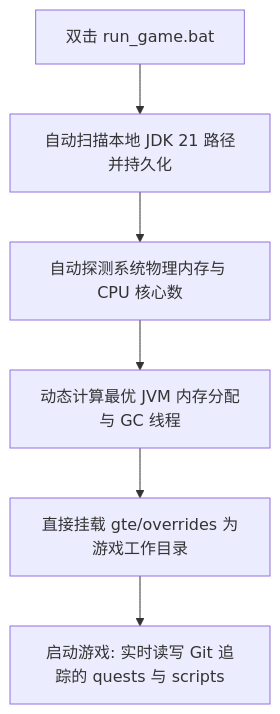
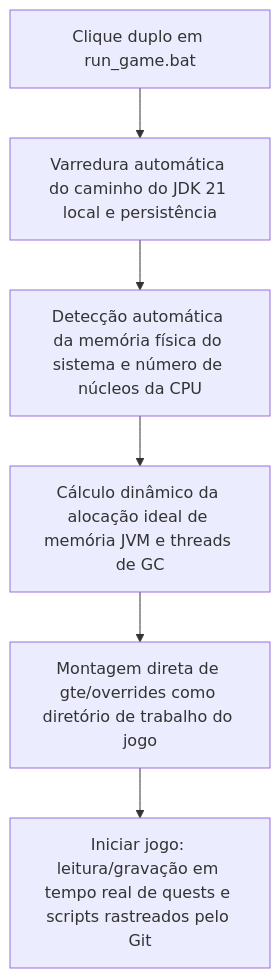
The diagram in docs/pt/development/runtime-and-launchers.md (takanashisatou/GregtechEasy-Docs), drawn with Mermaid before and after one commit. The commit also changed other lines of this file and 2 other files, not shown here.

````diff
--- a/docs/pt/development/runtime-and-launchers.md
+++ b/docs/pt/development/runtime-and-launchers.md
@@ -11,8 +11,8 @@
 ```mermaid
 graph TD
-    A[双击 run_game.bat] --> B[自动扫描本地 JDK 21 路径并持久化]
-    B --> C[自动探测系统物理内存与 CPU 核心数]
-    C --> D[动态计算最优 JVM 内存分配与 GC 线程]
-    D --> E[直接挂载 gte/overrides 为游戏工作目录]
-    E --> F[启动游戏: 实时读写 Git 追踪的 quests 与 scripts]
+    A[Clique duplo em run_game.bat] --> B[Varredura automática do caminho do JDK 21 local e persistência]
+    B --> C[Detecção automática da memória física do sistema e número de núcleos da CPU]
+    C --> D[Cálculo dinâmico da alocação ideal de memória JVM e threads de GC]
+    D --> E[Montagem direta de gte/overrides como diretório de trabalho do jogo]
+    E --> F[Iniciar jogo: leitura/gravação em tempo real de quests e scripts rastreados pelo Git]
 ```
````
